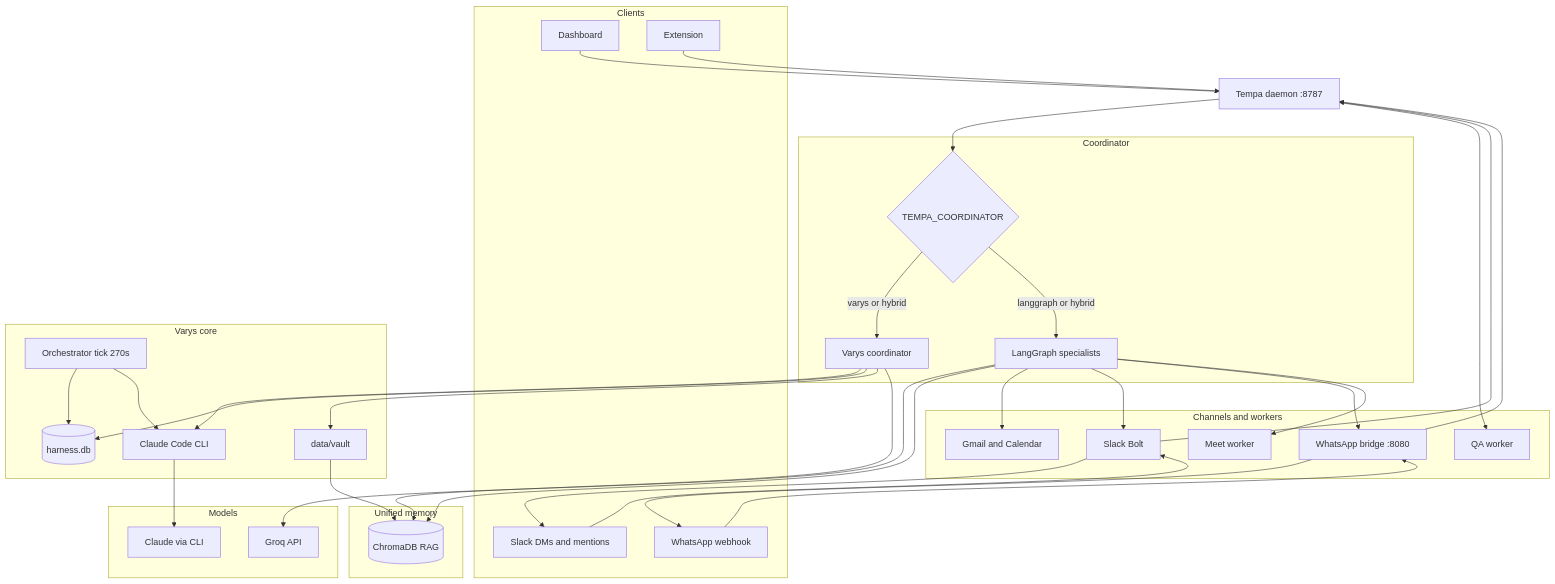
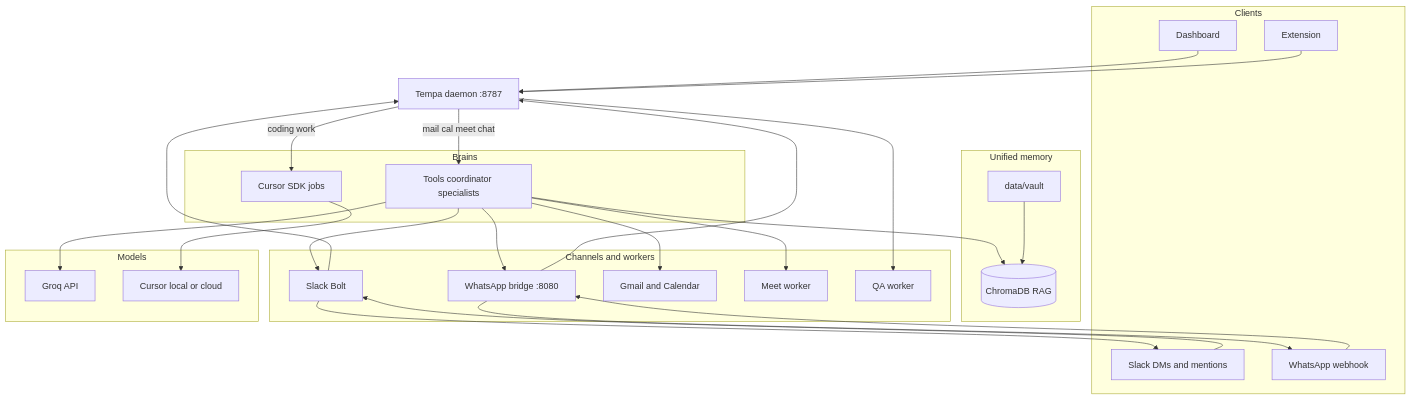
Before and after one commit to Haroon966/Tempa: the first of 4 diagrams in README.md, drawn with Mermaid. The commit also changed other lines of this file and 135 other files, not shown here.

Commit message:
core fixes coding agent

````diff
--- a/README.md
+++ b/README.md
@@ -72,69 +72,53 @@
 ```mermaid
 flowchart TB
     subgraph clients [Clients]
         Dashboard[Dashboard]
         Extension[Extension]
         SlackIn[Slack DMs and mentions]
         WhatsAppIn[WhatsApp webhook]
     end
 
     Daemon["Tempa daemon :8787"]
 
-    subgraph brain [Coordinator]
-        Router{TEMPA_COORDINATOR}
-        Varys[Varys coordinator]
-        LangGraph[LangGraph specialists]
-    end
-
-    subgraph varysCore [Varys core]
-        Harness[(harness.db)]
-        Tick[Orchestrator tick 270s]
-        ClaudeCLI[Claude Code CLI]
-        Vault[data/vault]
+    subgraph brain [Brains]
+        Coord[Tools coordinator specialists]
+        CursorJobs[Cursor SDK jobs]
     end
 
     subgraph memory [Unified memory]
         Chroma[(ChromaDB RAG)]
+        Vault[data/vault]
     end
 
     subgraph channels [Channels and workers]
         SlackOut[Slack Bolt]
         WhatsAppBridge[WhatsApp bridge :8080]
         GoogleAPIs[Gmail and Calendar]
         MeetWorker[Meet worker]
         QAWorker[QA worker]
     end
 
     subgraph llm [Models]
         Groq[Groq API]
-        Claude[Claude via CLI]
+        CursorSDK[Cursor local or cloud]
     end
 
     Dashboard --> Daemon
     Extension --> Daemon
     SlackIn --> SlackOut --> Daemon
     WhatsAppIn --> WhatsAppBridge --> Daemon
 
-    Daemon --> Router
-    Router -->|varys or hybrid| Varys
-    Router -->|langgraph or hybrid| LangGraph
-
-    Varys --> ClaudeCLI --> Claude
-    Varys --> Harness
-    Tick --> Harness
-    Tick --> ClaudeCLI
-    Varys --> Vault
+    Daemon -->|"mail cal meet chat"| Coord
+    Daemon -->|"coding work"| CursorJobs
+    Coord --> Groq
+    Coord --> Chroma
+    Coord --> GoogleAPIs
+    Coord --> SlackOut
+    Coord --> WhatsAppBridge
+    Coord --> MeetWorker
+    CursorJobs --> CursorSDK
     Vault --> Chroma
-    Varys --> Chroma
-
-    LangGraph --> Groq
-    LangGraph --> Chroma
-    LangGraph --> GoogleAPIs
-    LangGraph --> SlackOut
-    LangGraph --> WhatsAppBridge
-    LangGraph --> MeetWorker
-
     Daemon --> QAWorker
     SlackOut --> SlackIn
     WhatsAppBridge --> WhatsAppIn
 ```
````
